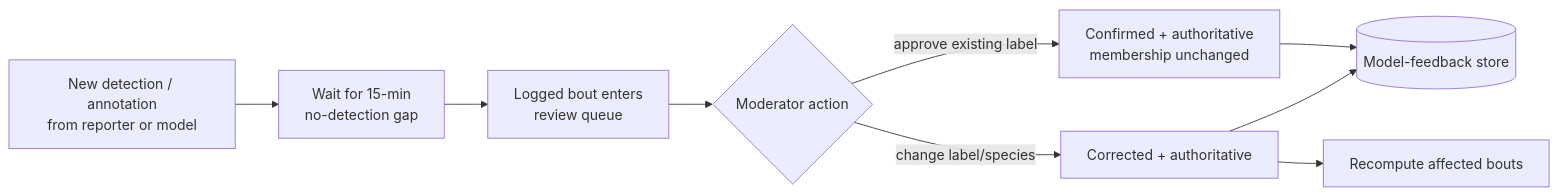
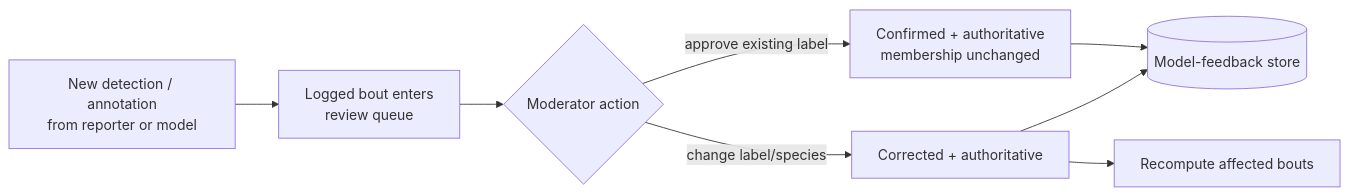
One commit to orcasound/orcahello changed the first of 2 diagrams in ModeratorFrontEnd/specification/signal-moderation-ux-proposal.md. Above: the diagram before and after it, drawn with Mermaid.

````diff
--- a/ModeratorFrontEnd/specification/signal-moderation-ux-proposal.md
+++ b/ModeratorFrontEnd/specification/signal-moderation-ux-proposal.md
@@ -458,11 +458,10 @@
 ```mermaid
 flowchart LR
-  I[New detection / annotation<br/>from reporter or model] --> G[Wait for 15-min<br/>no-detection gap]
-  G --> Q[Logged bout enters<br/>review queue]
+  I[New detection / annotation<br/>from reporter or model] --> Q[Logged bout enters<br/>review queue]
   Q --> R{Moderator action}
   R -- approve existing label --> C[Confirmed + authoritative<br/>membership unchanged]
   R -- change label/species --> K[Corrected + authoritative]
   C --> F[(Model-feedback store)]
   K --> B[Recompute affected bouts]
   K --> F
 ```
````
